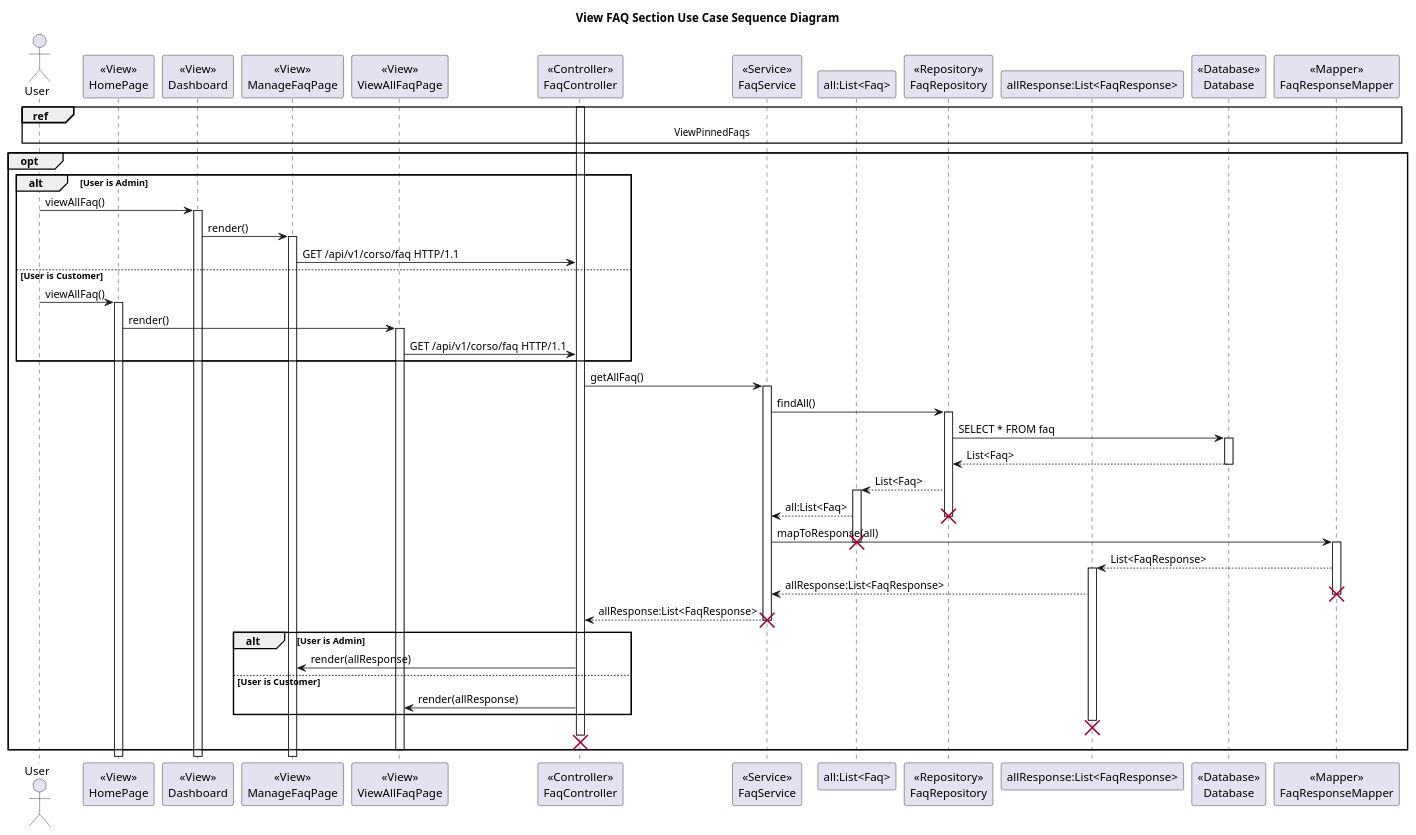
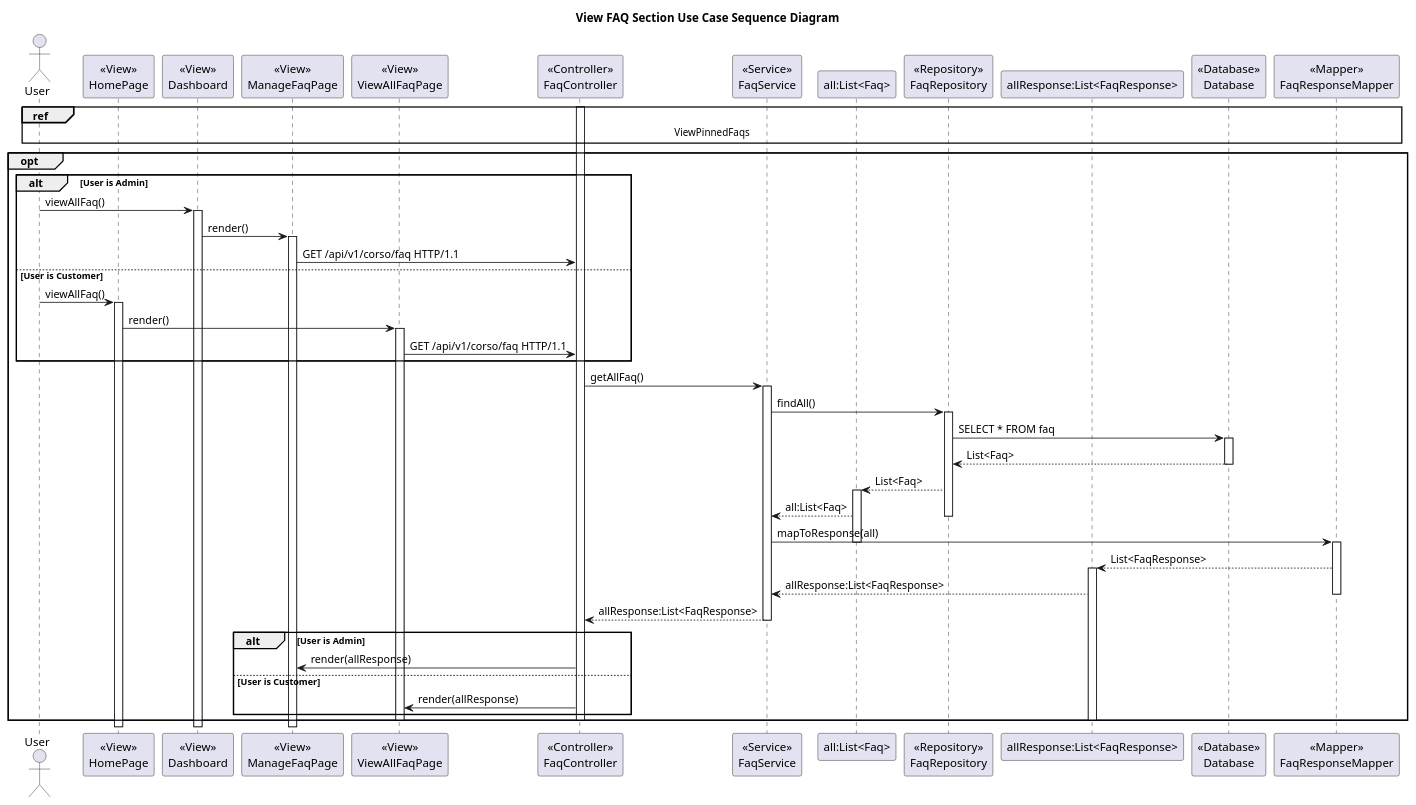
Before and after one commit to DylanBrass/Corso-Electrique-code: the diagram in Diagrams/LLSD/FAQs/ViewFaqs.puml, drawn with PlantUML. The commit also changed 3 other files, not shown here.

Commit message:
New diagrams and Updated code

```diff
--- a/Diagrams/LLSD/FAQs/ViewFaqs.puml
+++ b/Diagrams/LLSD/FAQs/ViewFaqs.puml
@@ -1,132 +1,132 @@
 @startuml
 
 title View FAQ Section Use Case Sequence Diagram
 
 actor User
 
 participant HomePage as "<<View>>\nHomePage"
 
 participant Dashboard as "<<View>>\nDashboard"
 
 participant ManageFaqPage as "<<View>>\nManageFaqPage"
 
 participant ViewAllFaqPage as "<<View>>\nViewAllFaqPage"
 
 participant FaqController as "<<Controller>>\nFaqController"
 
 participant FaqService as "<<Service>>\nFaqService"
 
 participant allFaq as "all:List<Faq>"
 
 participant FaqRepository as "<<Repository>>\nFaqRepository"
 
 participant allResponse as "allResponse:List<FaqResponse>"
 
 participant Database as "<<Database>>\nDatabase"
 
 participant FaqResponseMapper as "<<Mapper>>\nFaqResponseMapper"
 
 ref over User, HomePage, ViewAllFaqPage, FaqController, FaqService, allFaq, FaqRepository, allResponse, Database, FaqResponseMapper
 ViewPinnedFaqs
 end ref
 
 opt
 
 alt User is Admin
 
 User -> Dashboard: viewAllFaq()
 activate Dashboard
 
 Dashboard -> ManageFaqPage: render()
 
 activate ManageFaqPage
 
 ManageFaqPage -> FaqController: GET /api/v1/corso/faq HTTP/1.1
 
 
 
 else User is Customer
 User -> HomePage: viewAllFaq()
 activate HomePage
 
 HomePage -> ViewAllFaqPage: render()
 
 activate ViewAllFaqPage
 
 ViewAllFaqPage -> FaqController: GET /api/v1/corso/faq HTTP/1.1
 
 end
 
 
 activate FaqController
 
 FaqController -> FaqService: getAllFaq()
 
 activate FaqService
 
 FaqService -> FaqRepository: findAll()
 
 activate FaqRepository
 
 FaqRepository -> Database: SELECT * FROM faq
 
 activate Database
 
 Database --> FaqRepository: List<Faq>
 
 deactivate Database
 
 FaqRepository --> allFaq: List<Faq>
 
 activate allFaq
 
 allFaq --> FaqService: all:List<Faq>
 
-destroy FaqRepository
+deactivate FaqRepository
 
 FaqService -> FaqResponseMapper: mapToResponse(all)
 
-destroy allFaq
+deactivate allFaq
 
 activate FaqResponseMapper
 
 FaqResponseMapper --> allResponse: List<FaqResponse>
 
 activate allResponse
 
 allResponse --> FaqService: allResponse:List<FaqResponse>
 
 
-destroy FaqResponseMapper
+deactivate FaqResponseMapper
 
 FaqService --> FaqController: allResponse:List<FaqResponse>
 
-destroy FaqService
+deactivate FaqService
 
 alt User is Admin
 
 FaqController -> ManageFaqPage: render(allResponse)
 
 
 
 else User is Customer
 
 FaqController -> ViewAllFaqPage: render(allResponse)
 
 end
 
 
-destroy allResponse
+deactivate allResponse
 
-destroy FaqController
+deactivate FaqController
 
 deactivate ViewAllFaqPage
 
 
 
 
 
 end opt
 
 
 @endpuml
```
